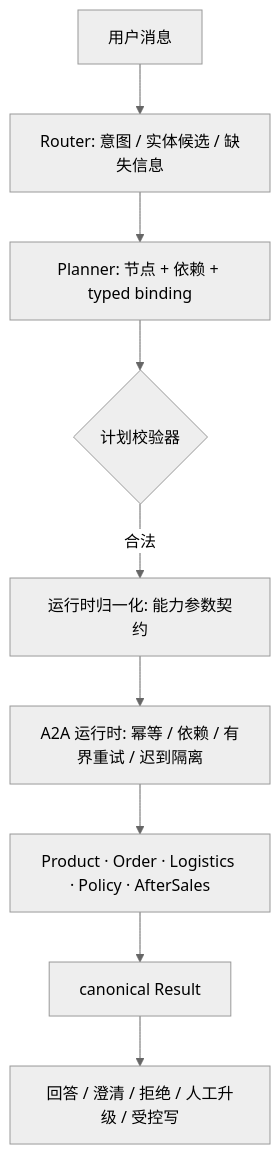
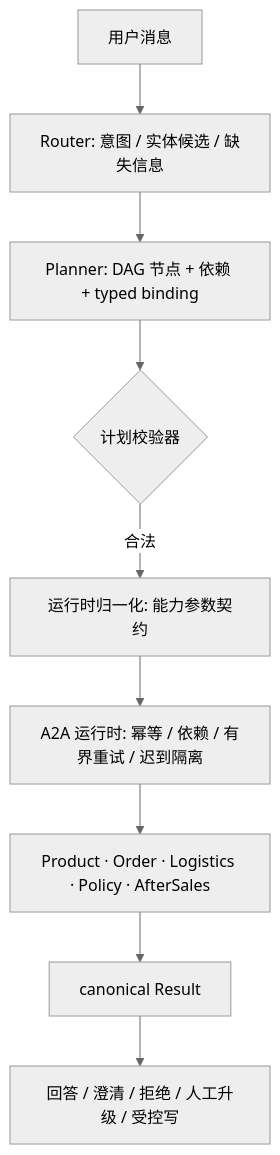
Before and after one commit to yertlee/Agent: the diagram in README.md, drawn with Mermaid (neutral theme). The commit also changed other lines of this file and 215 other files, not shown here.

````diff
--- a/README.md
+++ b/README.md
@@ -20,11 +20,11 @@
 ```mermaid
 flowchart TD
     U[用户消息] --> R[Router: 意图 / 实体候选 / 缺失信息]
-    R --> P[Planner: 节点 + 依赖 + typed binding]
+    R --> P[Planner: DAG 节点 + 依赖 + typed binding]
     P --> V{计划校验器}
     V -->|合法| N[运行时归一化: 能力参数契约]
     N --> A[A2A 运行时: 幂等 / 依赖 / 有界重试 / 迟到隔离]
     A --> D[Product · Order · Logistics · Policy · AfterSales]
     D --> RES[canonical Result]
     RES --> OUT[回答 / 澄清 / 拒绝 / 人工升级 / 受控写]
 ```
````
